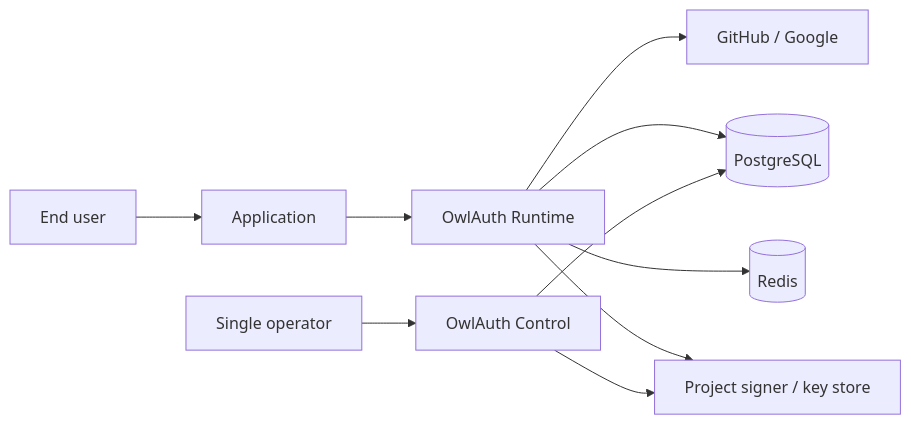
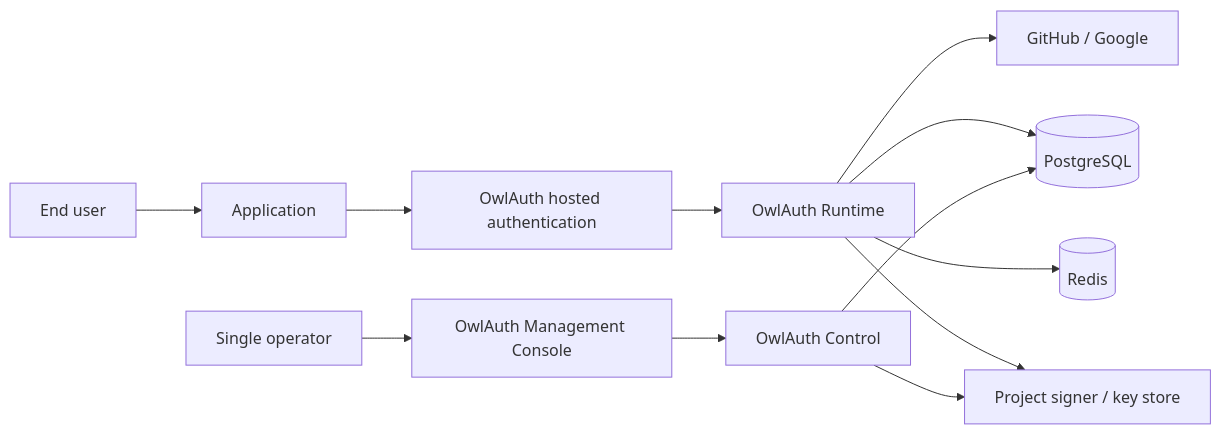
Before and after one commit to owlfoundry/owlauth: the third of 4 diagrams in spec/01-system-context-and-goals.md, drawn with Mermaid. The commit also changed other lines of this file and 35 other files, not shown here.

First line of the commit message:
docs(repo): define hosted web and SaaS architecture

````diff
--- a/spec/01-system-context-and-goals.md
+++ b/spec/01-system-context-and-goals.md
@@ -130,13 +133,15 @@
 ```mermaid
 flowchart LR
     User[End user] --> App[Application]
-    App --> Runtime[OwlAuth Runtime]
+    App --> Hosted[OwlAuth hosted authentication]
+    Hosted --> Runtime[OwlAuth Runtime]
     Runtime --> Provider[GitHub / Google]
     Runtime --> PG[(PostgreSQL)]
     Runtime --> Redis[(Redis)]
     Runtime --> KMS[Project signer / key store]
 
-    Operator[Single operator] --> Control[OwlAuth Control]
+    Operator[Single operator] --> Console[OwlAuth Management Console]
+    Console --> Control[OwlAuth Control]
     Control --> PG
     Control --> KMS
 ```
````
